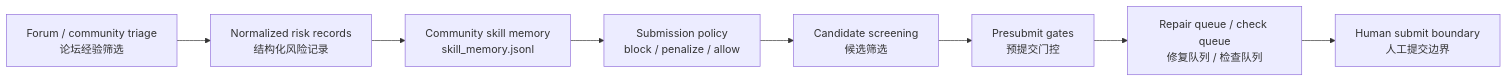
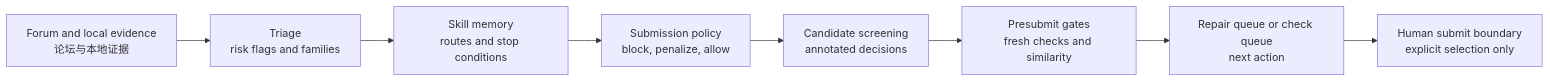
Before and after one commit to gyx09212214-prog/wq-community-skills: the diagram in README.md, drawn with Mermaid. The commit also changed other lines of this file and 7 other files, not shown here.

Commit message:
docs: promote community skill memory effects

````diff
--- a/README.md
+++ b/README.md
@@ -141,10 +150,10 @@
 ```mermaid
 flowchart LR
-  A["Forum / community triage<br/>论坛经验筛选"] --> B["Normalized risk records<br/>结构化风险记录"]
-  B --> C["Community skill memory<br/>skill_memory.jsonl"]
-  C --> D["Submission policy<br/>block / penalize / allow"]
-  D --> E["Candidate screening<br/>候选筛选"]
-  E --> F["Presubmit gates<br/>预提交门控"]
-  F --> G["Repair queue / check queue<br/>修复队列 / 检查队列"]
-  G --> H["Human submit boundary<br/>人工提交边界"]
+  A["Forum and local evidence<br/>论坛与本地证据"] --> B["Triage<br/>risk flags and families"]
+  B --> C["Skill memory<br/>routes and stop conditions"]
+  C --> D["Submission policy<br/>block, penalize, allow"]
+  D --> E["Candidate screening<br/>annotated decisions"]
+  E --> F["Presubmit gates<br/>fresh checks and similarity"]
+  F --> G["Repair queue or check queue<br/>next action"]
+  G --> H["Human submit boundary<br/>explicit selection only"]
 ```
````
